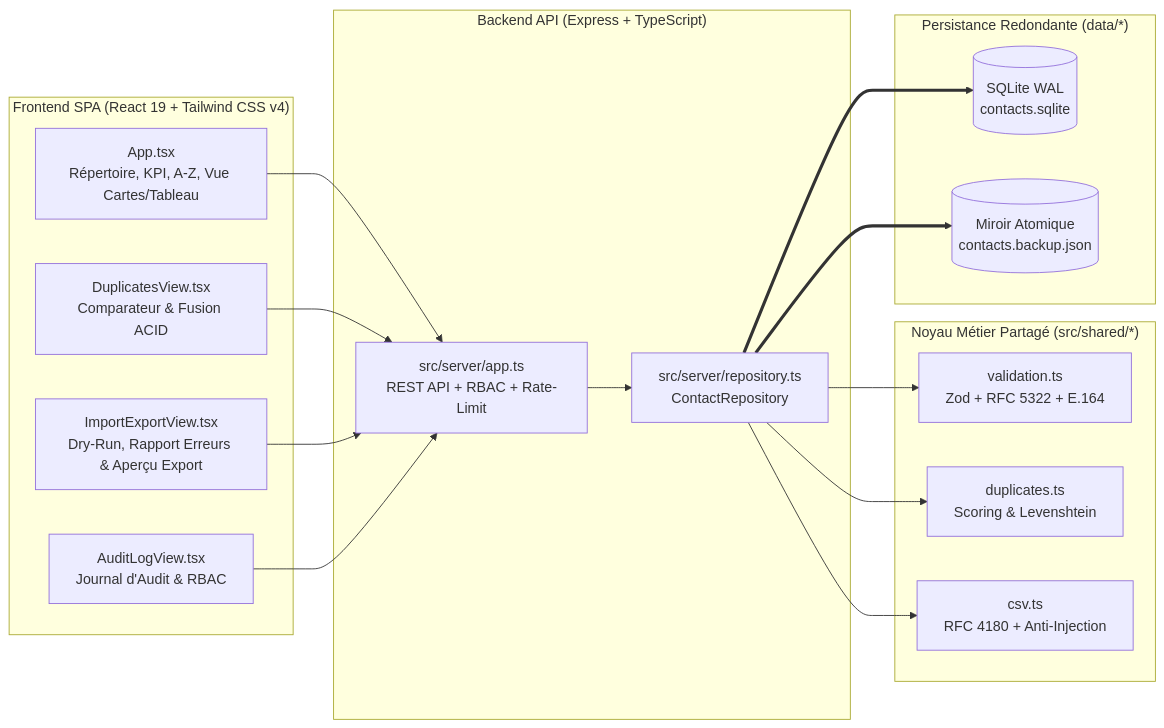
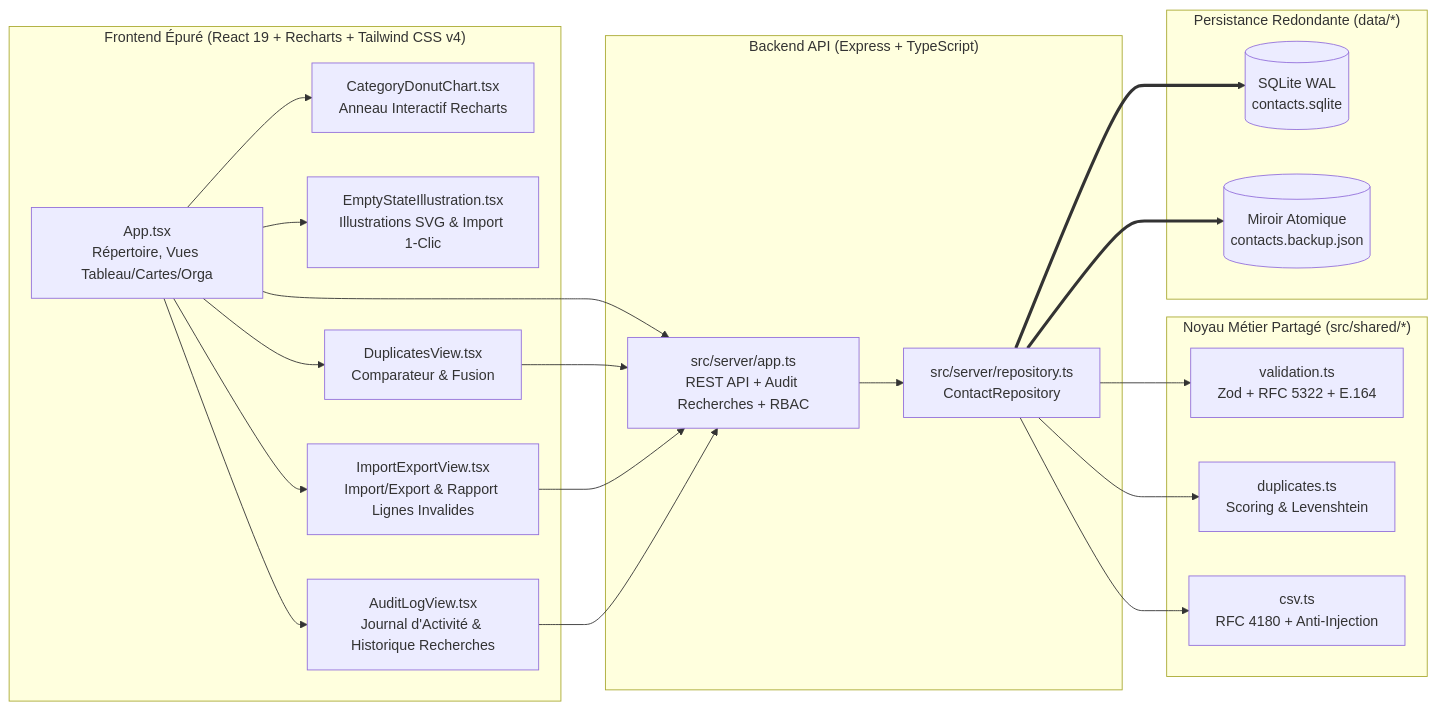
Before and after one commit to temgouatsafackmendel-png/Gestionnaire-de-contacts-professionnel-: the diagram in README.md, drawn with Mermaid. The commit also changed other lines of this file and 20 other files, not shown here.

````diff
--- a/README.md
+++ b/README.md
@@ -59,30 +68,33 @@
 ```mermaid
 flowchart LR
-    subgraph Frontend["Frontend SPA (React 19 + Tailwind CSS v4)"]
-        App["App.tsx\nRépertoire, KPI, A-Z, Vue Cartes/Tableau"]
-        Dup["DuplicatesView.tsx\nComparateur & Fusion ACID"]
-        Imp["ImportExportView.tsx\nDry-Run, Rapport Erreurs & Aperçu Export"]
-        Aud["AuditLogView.tsx\nJournal d'Audit & RBAC"]
+    subgraph Frontend["Frontend Épuré (React 19 + Recharts + Tailwind CSS v4)"]
+        App["App.tsx\nRépertoire, Vues Tableau/Cartes/Orga"]
+        Chart["CategoryDonutChart.tsx\nAnneau Interactif Recharts"]
+        Empty["EmptyStateIllustration.tsx\nIllustrations SVG & Import 1-Clic"]
+        Dup["DuplicatesView.tsx\nComparateur & Fusion"]
+        Imp["ImportExportView.tsx\nImport/Export & Rapport Lignes Invalides"]
+        Aud["AuditLogView.tsx\nJournal d'Activité & Historique Recherches"]
     end
 
     subgraph Shared["Noyau Métier Partagé (src/shared/*)"]
         Val["validation.ts\nZod + RFC 5322 + E.164"]
         DupLogic["duplicates.ts\nScoring & Levenshtein"]
         CsvLogic["csv.ts\nRFC 4180 + Anti-Injection"]
     end
 
     subgraph Backend["Backend API (Express + TypeScript)"]
-        Api["src/server/app.ts\nREST API + RBAC + Rate-Limit"]
+        Api["src/server/app.ts\nREST API + Audit Recherches + RBAC"]
         Repo["src/server/repository.ts\nContactRepository"]
     end
 
     subgraph Persistence["Persistance Redondante (data/*)"]
         SQLite[("SQLite WAL\ncontacts.sqlite")]
         Backup[("Miroir Atomique\ncontacts.backup.json")]
     end
 
+    App --> Chart & Empty & Dup & Imp & Aud
     App & Dup & Imp & Aud --> Api
     Api --> Repo
     Repo --> Val & DupLogic & CsvLogic
     Repo ==> SQLite & Backup
 ```
````
